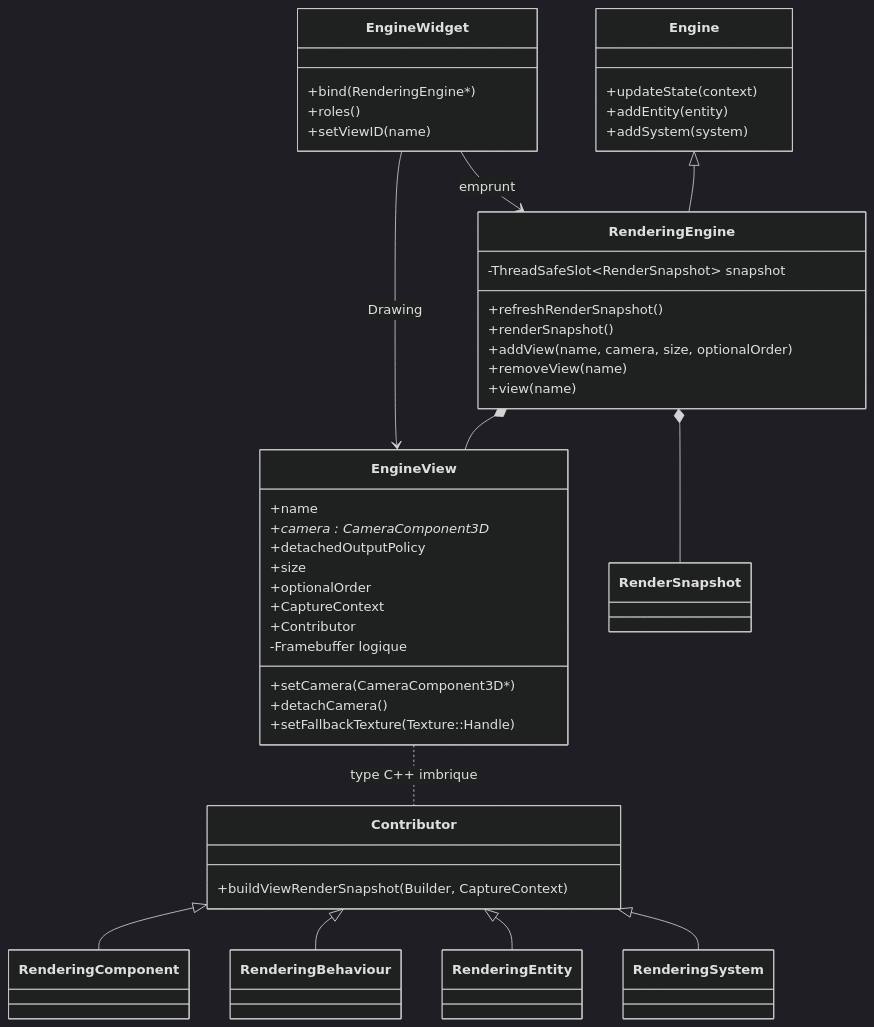
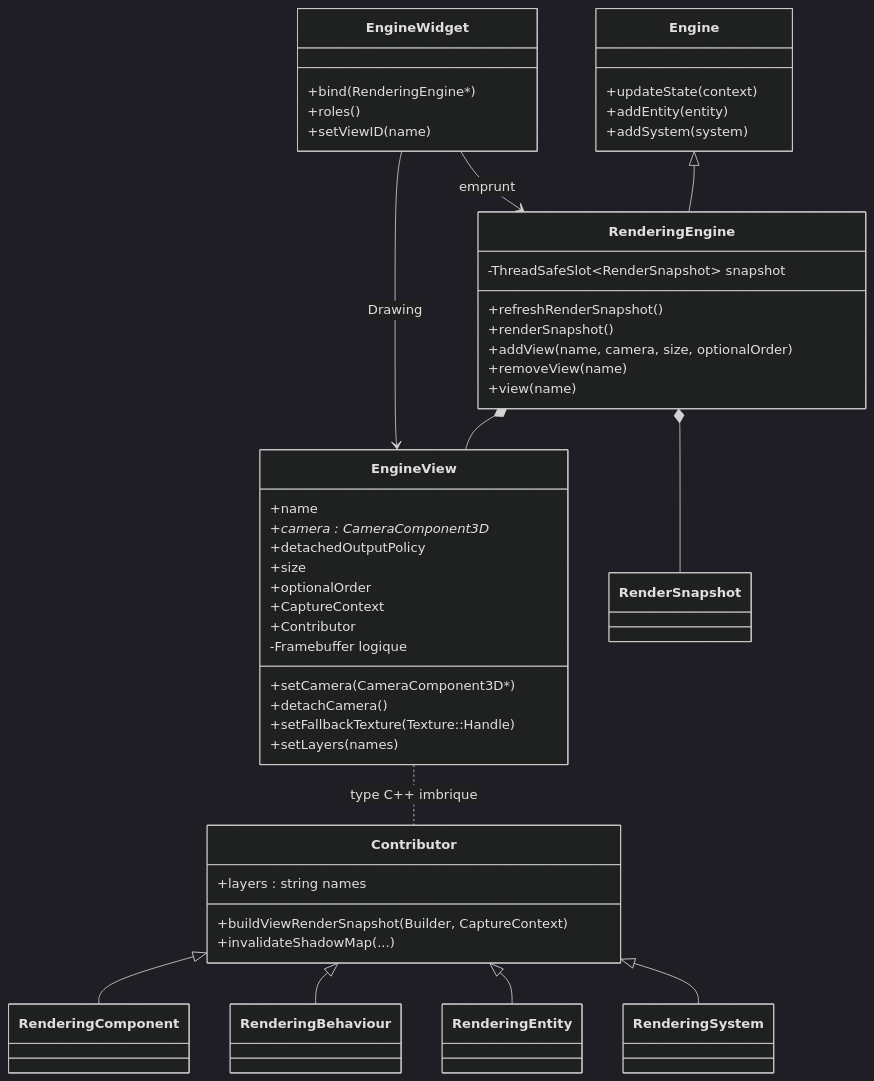
One commit to EreliaStudio/Sparkle changed the sixth of 13 diagrams in docs/voxel-engine-v0.1.4-specification.md. Above: the diagram before and after it, drawn with Mermaid (dark theme). The commit also changed other lines of this file, not shown here.

Commit message:
docs(v0.1.4): align overview class diagram and API matrix with layer-filtered views

````diff
--- a/docs/voxel-engine-v0.1.4-specification.md
+++ b/docs/voxel-engine-v0.1.4-specification.md
@@ -588,51 +588,54 @@
 ```mermaid
 classDiagram
   class Engine {
     +updateState(context)
     +addEntity(entity)
     +addSystem(system)
   }
   class RenderingEngine {
     +refreshRenderSnapshot()
     +renderSnapshot()
     +addView(name, camera, size, optionalOrder)
     +removeView(name)
     +view(name)
     -ThreadSafeSlot~RenderSnapshot~ snapshot
   }
   class EngineView {
     +name
     +camera : CameraComponent3D*
     +setCamera(CameraComponent3D*)
     +detachCamera()
     +detachedOutputPolicy
     +setFallbackTexture(Texture::Handle)
+    +setLayers(names)
     +size
     +optionalOrder
     +CaptureContext
     +Contributor
     -Framebuffer logique
   }
   class Contributor {
+    +layers : string names
     +buildViewRenderSnapshot(Builder, CaptureContext)
+    +invalidateShadowMap(...)
   }
   class RenderingComponent
   class RenderingBehaviour
   class RenderingEntity
   class RenderingSystem
   class EngineWidget {
     +bind(RenderingEngine*)
     +roles()
     +setViewID(name)
   }
   Engine <|-- RenderingEngine
   RenderingEngine *-- EngineView
   RenderingEngine *-- RenderSnapshot
   EngineView .. Contributor : type C++ imbrique
   Contributor <|-- RenderingComponent
   Contributor <|-- RenderingBehaviour
   Contributor <|-- RenderingEntity
   Contributor <|-- RenderingSystem
   EngineWidget --> RenderingEngine : emprunt
   EngineWidget --> EngineView : Drawing
 ```
````
